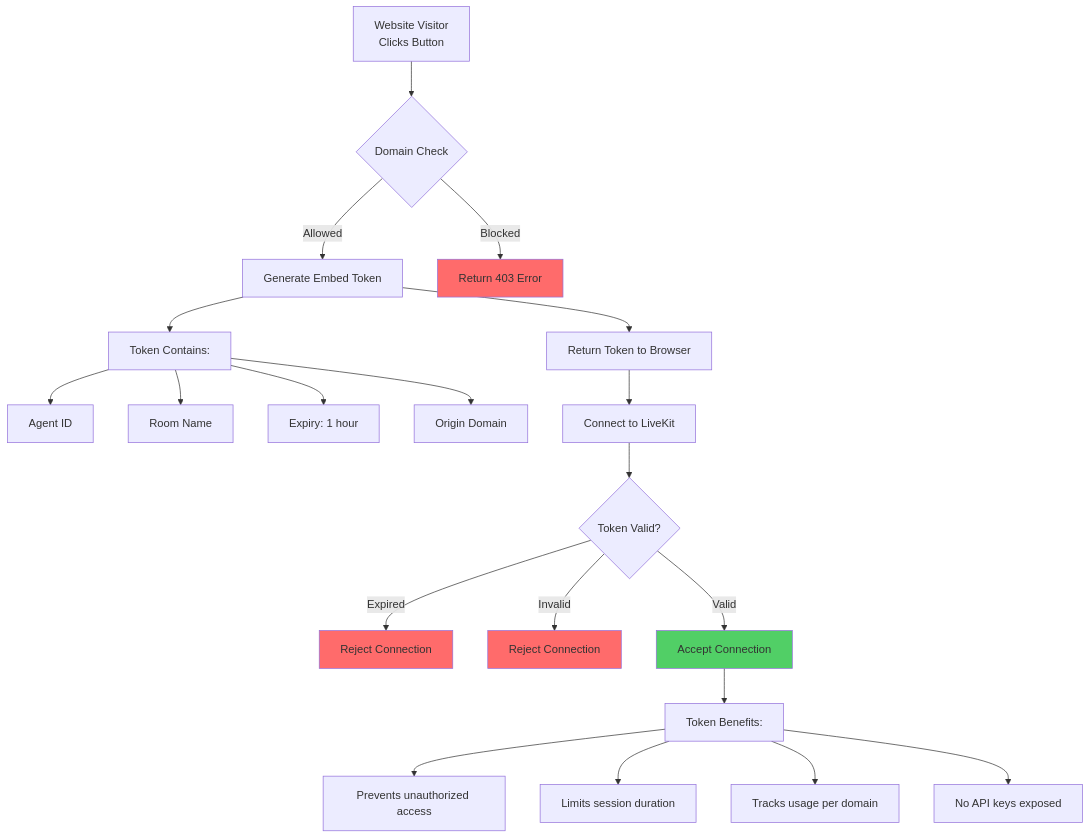
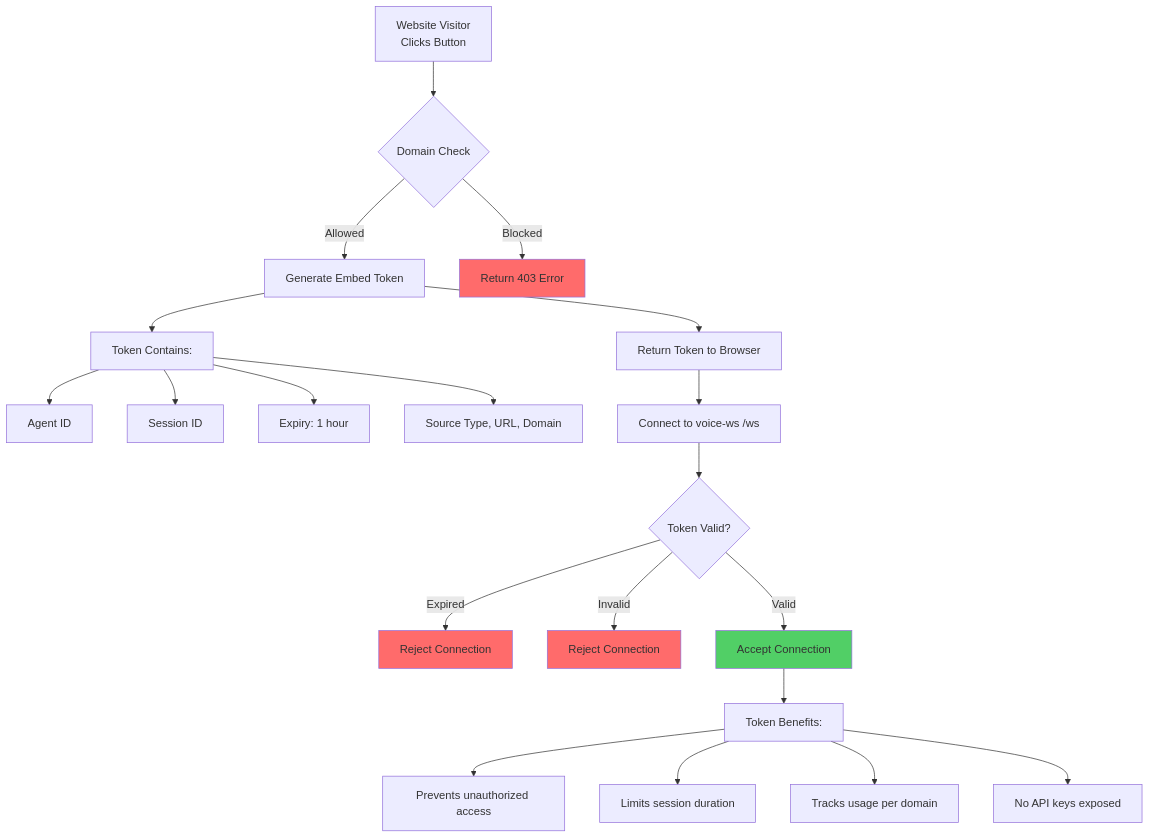
The third of 3 diagrams in docs/03_implementation/EMBED_CALL_BUTTON_PLAN.md (gauravdhiman/a1-voice-agent-platform), drawn with Mermaid before and after one commit. The commit also changed other lines of this file and 46 other files, not shown here.

````diff
--- a/docs/03_implementation/EMBED_CALL_BUTTON_PLAN.md
+++ b/docs/03_implementation/EMBED_CALL_BUTTON_PLAN.md
@@ -361,31 +366,31 @@
 ```mermaid
 flowchart TD
     A[Website Visitor<br/>Clicks Button] --> B{Domain Check}
     B -->|Allowed| C[Generate Embed Token]
     B -->|Blocked| D[Return 403 Error]
     
     C --> E[Token Contains:]
     E --> E1[Agent ID]
-    E --> E2[Room Name]
+    E --> E2[Session ID]
     E --> E3[Expiry: 1 hour]
-    E --> E4[Origin Domain]
+    E --> E4[Source Type, URL, Domain]
     
     C --> F[Return Token to Browser]
-    F --> G[Connect to LiveKit]
+    F --> G[Connect to voice-ws /ws]
     
     G --> H{Token Valid?}
     H -->|Expired| I[Reject Connection]
     H -->|Invalid| J[Reject Connection]
     H -->|Valid| K[Accept Connection]
     
     K --> L[Token Benefits:]
     L --> L1[Prevents unauthorized access]
     L --> L2[Limits session duration]
     L --> L3[Tracks usage per domain]
     L --> L4[No API keys exposed]
     
     style D fill:#ff6b6b
     style I fill:#ff6b6b
     style J fill:#ff6b6b
     style K fill:#51cf66
 ```
````
